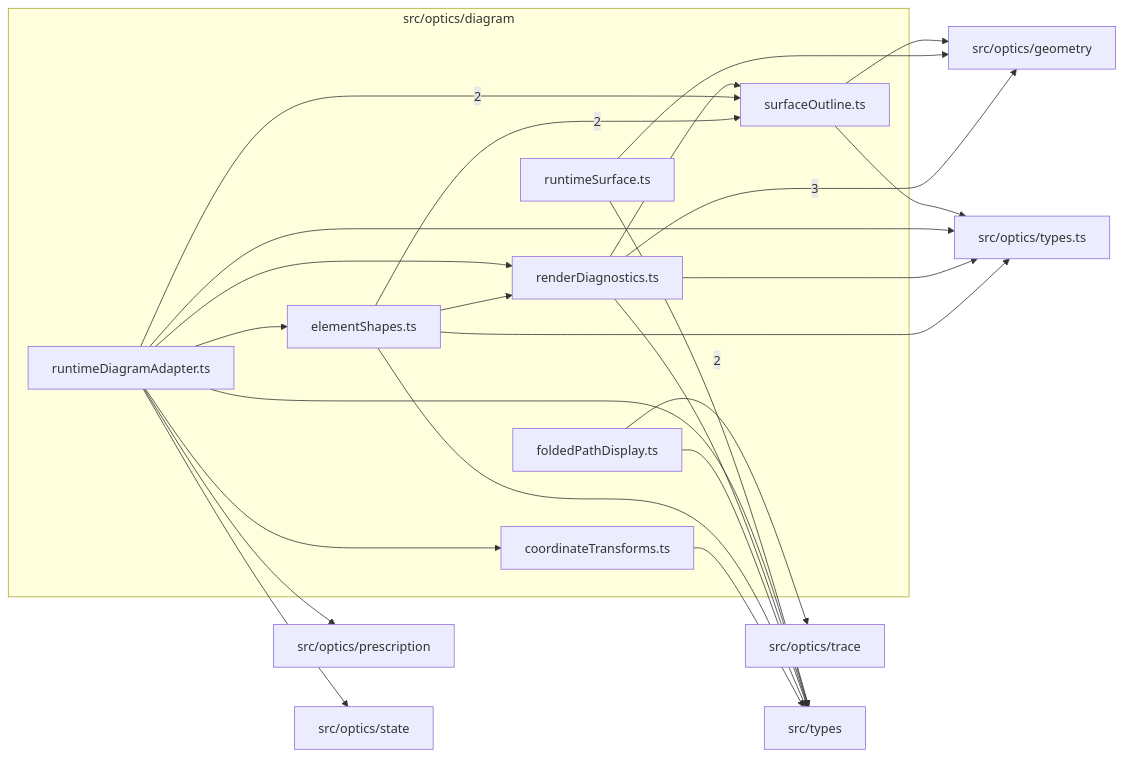
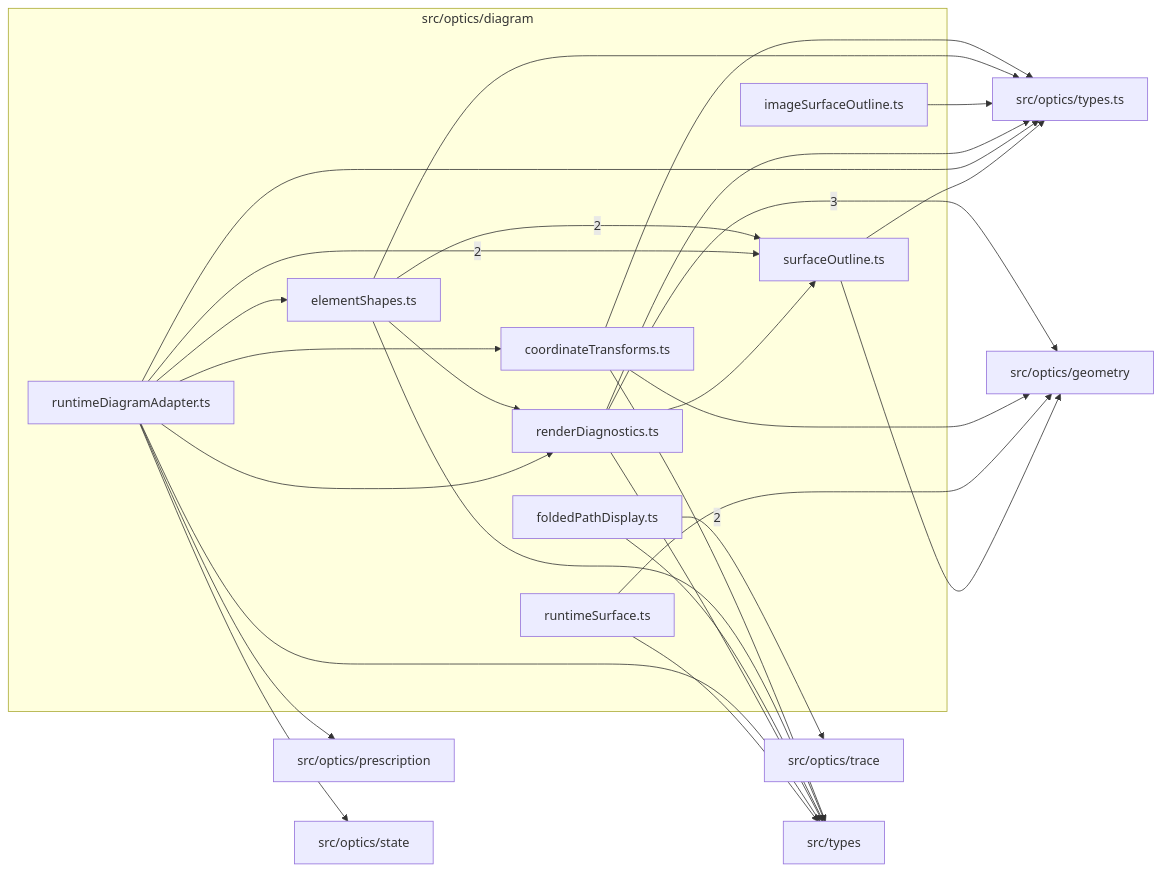
The diagram in src/optics/diagram/readme.md (ronbuening/LensVisualizer), drawn with Mermaid before and after one commit. The commit also changed other lines of this file and 57 other files, not shown here.

````diff
--- a/src/optics/diagram/readme.md
+++ b/src/optics/diagram/readme.md
@@ -9,41 +9,45 @@
 ```mermaid
 flowchart LR
   subgraph n_src_optics_diagram["src/optics/diagram"]
     n_src_optics_diagram_src_optics_diagram_coordinateTransforms_ts["coordinateTransforms.ts"]
     n_src_optics_diagram_src_optics_diagram_elementShapes_ts["elementShapes.ts"]
     n_src_optics_diagram_src_optics_diagram_foldedPathDisplay_ts["foldedPathDisplay.ts"]
+    n_src_optics_diagram_src_optics_diagram_imageSurfaceOutline_ts["imageSurfaceOutline.ts"]
     n_src_optics_diagram_src_optics_diagram_renderDiagnostics_ts["renderDiagnostics.ts"]
     n_src_optics_diagram_src_optics_diagram_runtimeDiagramAdapter_ts["runtimeDiagramAdapter.ts"]
     n_src_optics_diagram_src_optics_diagram_runtimeSurface_ts["runtimeSurface.ts"]
     n_src_optics_diagram_src_optics_diagram_surfaceOutline_ts["surfaceOutline.ts"]
   end
   n_external_src_optics_geometry["src/optics/geometry"]
   n_external_src_optics_trace["src/optics/trace"]
   n_external_src_optics_prescription["src/optics/prescription"]
   n_external_src_optics_state["src/optics/state"]
   n_external_src_optics_types_ts["src/optics/types.ts"]
   n_external_src_types["src/types"]
   n_src_optics_diagram_src_optics_diagram_renderDiagnostics_ts --> |3| n_external_src_optics_geometry
   n_src_optics_diagram_src_optics_diagram_foldedPathDisplay_ts --> |2| n_external_src_optics_trace
   n_src_optics_diagram_src_optics_diagram_elementShapes_ts --> |2| n_src_optics_diagram_src_optics_diagram_surfaceOutline_ts
   n_src_optics_diagram_src_optics_diagram_runtimeDiagramAdapter_ts --> |2| n_src_optics_diagram_src_optics_diagram_surfaceOutline_ts
+  n_src_optics_diagram_src_optics_diagram_coordinateTransforms_ts --> n_external_src_optics_geometry
   n_src_optics_diagram_src_optics_diagram_runtimeSurface_ts --> n_external_src_optics_geometry
   n_src_optics_diagram_src_optics_diagram_surfaceOutline_ts --> n_external_src_optics_geometry
   n_src_optics_diagram_src_optics_diagram_runtimeDiagramAdapter_ts --> n_external_src_optics_prescription
   n_src_optics_diagram_src_optics_diagram_runtimeDiagramAdapter_ts --> n_external_src_optics_state
+  n_src_optics_diagram_src_optics_diagram_coordinateTransforms_ts --> n_external_src_optics_types_ts
   n_src_optics_diagram_src_optics_diagram_elementShapes_ts --> n_external_src_optics_types_ts
+  n_src_optics_diagram_src_optics_diagram_imageSurfaceOutline_ts --> n_external_src_optics_types_ts
   n_src_optics_diagram_src_optics_diagram_renderDiagnostics_ts --> n_external_src_optics_types_ts
   n_src_optics_diagram_src_optics_diagram_runtimeDiagramAdapter_ts --> n_external_src_optics_types_ts
   n_src_optics_diagram_src_optics_diagram_surfaceOutline_ts --> n_external_src_optics_types_ts
   n_src_optics_diagram_src_optics_diagram_coordinateTransforms_ts --> n_external_src_types
   n_src_optics_diagram_src_optics_diagram_elementShapes_ts --> n_external_src_types
   n_src_optics_diagram_src_optics_diagram_foldedPathDisplay_ts --> n_external_src_types
   n_src_optics_diagram_src_optics_diagram_renderDiagnostics_ts --> n_external_src_types
   n_src_optics_diagram_src_optics_diagram_runtimeDiagramAdapter_ts --> n_external_src_types
   n_src_optics_diagram_src_optics_diagram_runtimeSurface_ts --> n_external_src_types
   n_src_optics_diagram_src_optics_diagram_runtimeDiagramAdapter_ts --> n_src_optics_diagram_src_optics_diagram_coordinateTransforms_ts
   n_src_optics_diagram_src_optics_diagram_runtimeDiagramAdapter_ts --> n_src_optics_diagram_src_optics_diagram_elementShapes_ts
   n_src_optics_diagram_src_optics_diagram_elementShapes_ts --> n_src_optics_diagram_src_optics_diagram_renderDiagnostics_ts
   n_src_optics_diagram_src_optics_diagram_runtimeDiagramAdapter_ts --> n_src_optics_diagram_src_optics_diagram_renderDiagnostics_ts
   n_src_optics_diagram_src_optics_diagram_renderDiagnostics_ts --> n_src_optics_diagram_src_optics_diagram_surfaceOutline_ts
 ```
````
